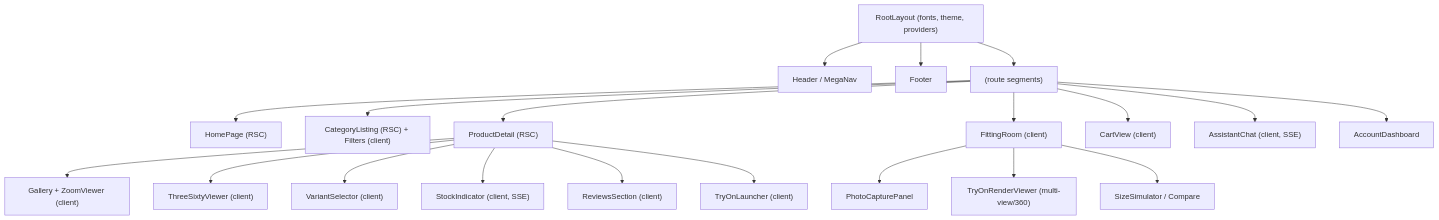
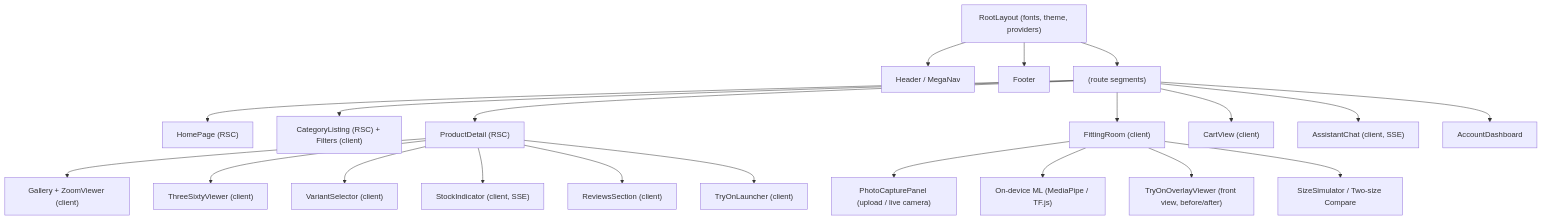
Before and after one commit to Sory777/aurelle-boutique: the fifth of 8 diagrams in .kiro/specs/luxury-womens-boutique/design.md, drawn with Mermaid. The commit also changed other lines of this file and 15 other files, not shown here.

Commit message:
Add free client-side virtual fitting room (size recommender + try-on studio)

````diff
--- a/.kiro/specs/luxury-womens-boutique/design.md
+++ b/.kiro/specs/luxury-womens-boutique/design.md
@@ -265,25 +262,26 @@
 ```mermaid
 graph TD
     Layout["RootLayout (fonts, theme, providers)"] --> Header["Header / MegaNav"]
     Layout --> Footer["Footer"]
     Layout --> Pages["(route segments)"]
 
     Pages --> Home["HomePage (RSC)"]
     Pages --> PLP["CategoryListing (RSC) + Filters (client)"]
     Pages --> PDP["ProductDetail (RSC)"]
     PDP --> Gallery["Gallery + ZoomViewer (client)"]
     PDP --> Spin["ThreeSixtyViewer (client)"]
     PDP --> Variant["VariantSelector (client)"]
     PDP --> Stock["StockIndicator (client, SSE)"]
     PDP --> Reviews["ReviewsSection (client)"]
     PDP --> TryOnCTA["TryOnLauncher (client)"]
 
     Pages --> Fit["FittingRoom (client)"]
-    Fit --> Capture["PhotoCapturePanel"]
-    Fit --> Render["TryOnRenderViewer (multi-view/360)"]
-    Fit --> SizePanel["SizeSimulator / Compare"]
+    Fit --> Capture["PhotoCapturePanel (upload / live camera)"]
+    Fit --> MLmod["On-device ML (MediaPipe / TF.js)"]
+    Fit --> Render["TryOnOverlayViewer (front view, before/after)"]
+    Fit --> SizePanel["SizeSimulator / Two-size Compare"]
 
     Pages --> Cart["CartView (client)"]
     Pages --> Assistant["AssistantChat (client, SSE)"]
     Pages --> Account["AccountDashboard"]
 ```
````
